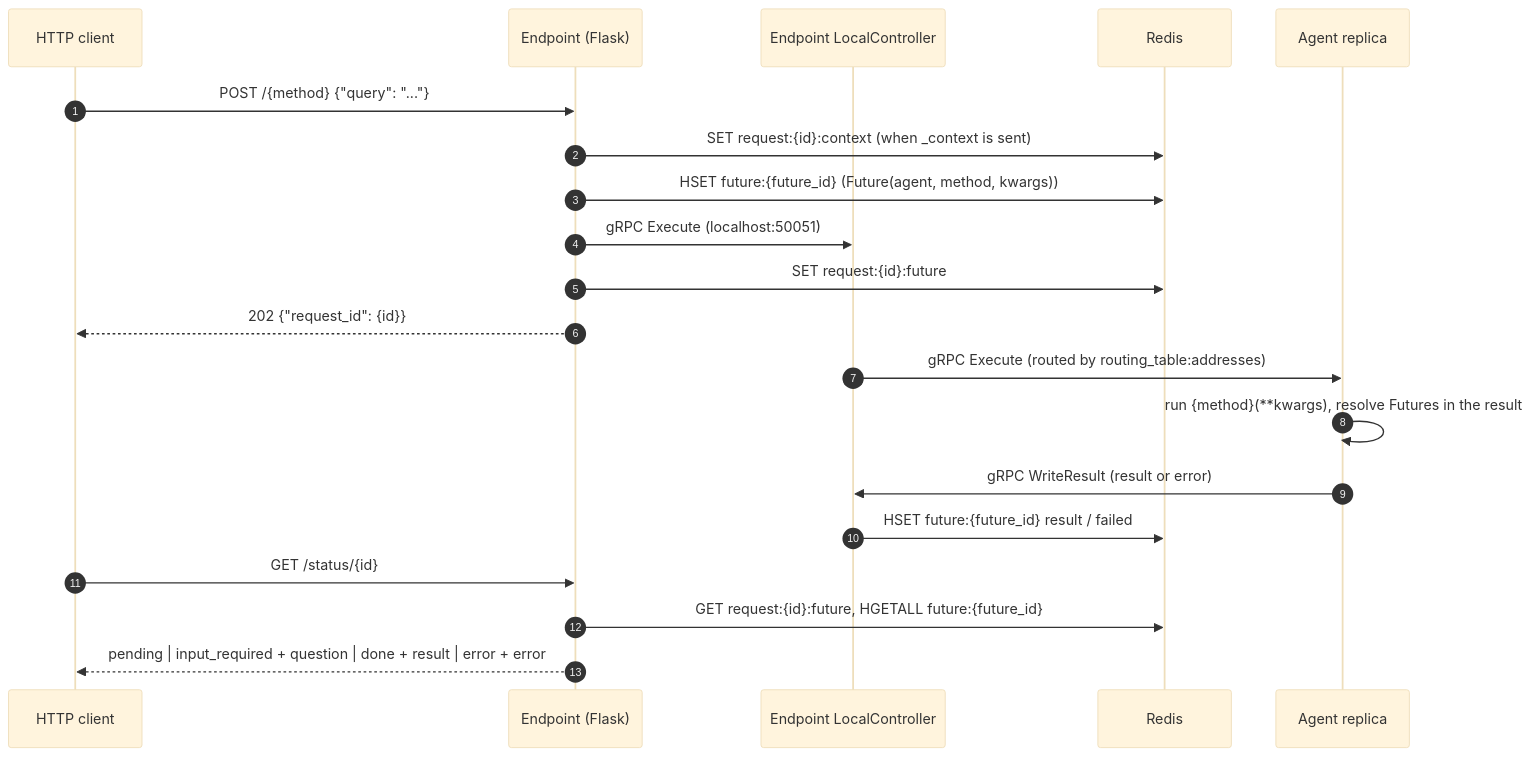
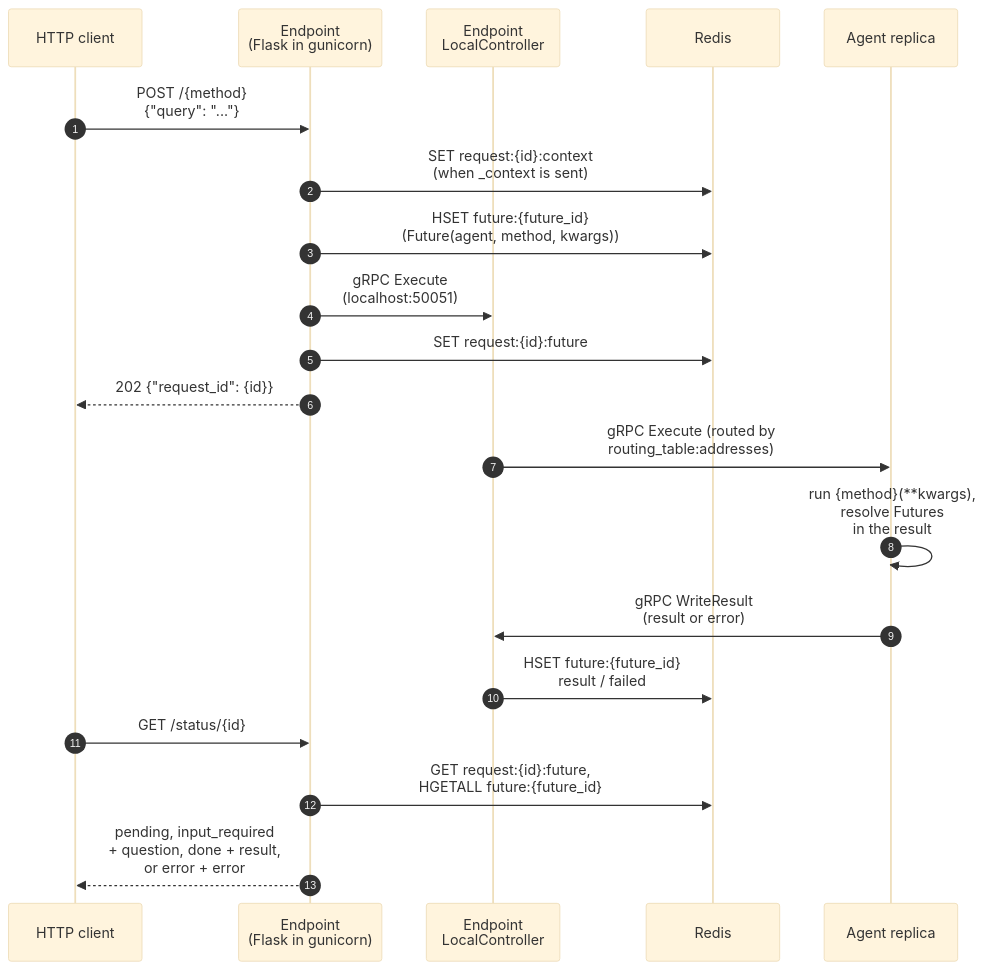
The diagram in docs/architecture/ENDPOINT.md (CanyonCodeCoreAI/canyonos), drawn with Mermaid (base theme) before and after one commit. The commit also changed other lines of this file and 49 other files, not shown here.

````diff
--- a/docs/architecture/ENDPOINT.md
+++ b/docs/architecture/ENDPOINT.md
@@ -52,23 +10,23 @@
 ```mermaid
 sequenceDiagram
     autonumber
     participant C as HTTP client
-    participant E as Endpoint (Flask)
-    participant LC as Endpoint LocalController
+    participant E as Endpoint<br/>(Flask in gunicorn)
+    participant LC as Endpoint<br/>LocalController
     participant R as Redis
     participant A as Agent replica
 
-    C->>E: POST /{method} {"query": "..."}
-    E->>R: SET request:{id}:context (when _context is sent)
-    E->>R: HSET future:{future_id} (Future(agent, method, kwargs))
-    E->>LC: gRPC Execute (localhost:50051)
+    C->>E: POST /{method}<br/>{"query": "..."}
+    E->>R: SET request:{id}:context<br/>(when _context is sent)
+    E->>R: HSET future:{future_id}<br/>(Future(agent, method, kwargs))
+    E->>LC: gRPC Execute<br/>(localhost:50051)
     E->>R: SET request:{id}:future
     E-->>C: 202 {"request_id": {id}}
-    LC->>A: gRPC Execute (routed by routing_table:addresses)
-    A->>A: run {method}(**kwargs), resolve Futures in the result
-    A->>LC: gRPC WriteResult (result or error)
-    LC->>R: HSET future:{future_id} result / failed
+    LC->>A: gRPC Execute (routed by<br/>routing_table:addresses)
+    A->>A: run {method}(**kwargs),<br/>resolve Futures<br/>in the result
+    A->>LC: gRPC WriteResult<br/>(result or error)
+    LC->>R: HSET future:{future_id}<br/>result / failed
     C->>E: GET /status/{id}
-    E->>R: GET request:{id}:future, HGETALL future:{future_id}
-    E-->>C: pending | input_required + question | done + result | error + error
+    E->>R: GET request:{id}:future,<br/>HGETALL future:{future_id}
+    E-->>C: pending, input_required<br/>+ question, done + result,<br/>or error + error
 ```
````
